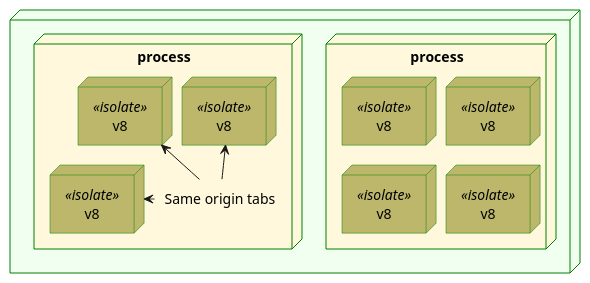
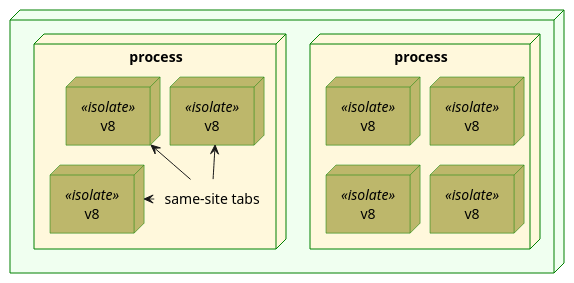
One commit to qqap/log changed the diagram in plantuml/vprocess.plantuml. Above: the diagram before and after it, drawn with PlantUML. The commit also changed 3 other files, not shown here.

```diff
--- a/plantuml/vprocess.plantuml
+++ b/plantuml/vprocess.plantuml
@@ -1,37 +1,36 @@
 @startuml
 
 skinparam nodesep 10
 skinparam ranksep 20
 
 skinparam node {
   borderColor Green
   backgroundColor<<isolate>> darkkhaki
 }
 
 node #honeydew {
 
 node process #cornsilk { 
 
 node "v8" <<isolate>>
 node "v8" <<isolate>> as n2
 node "v8" <<isolate>> as n3
 node "v8" <<isolate>> as n4
 }
 
 
 node process as p2 #cornsilk { 
 
 node "v8" <<isolate>> as n5
 node "v8" <<isolate>> as n6
 node "v8" <<isolate>> as n7
-label "Same origin tabs" as l1
+label "same-site tabs" as l1
 }
 
 }
-
 
 n5 <- l1
 n6 <-- l1
 n7 <-- l1
 
 @enduml
```
